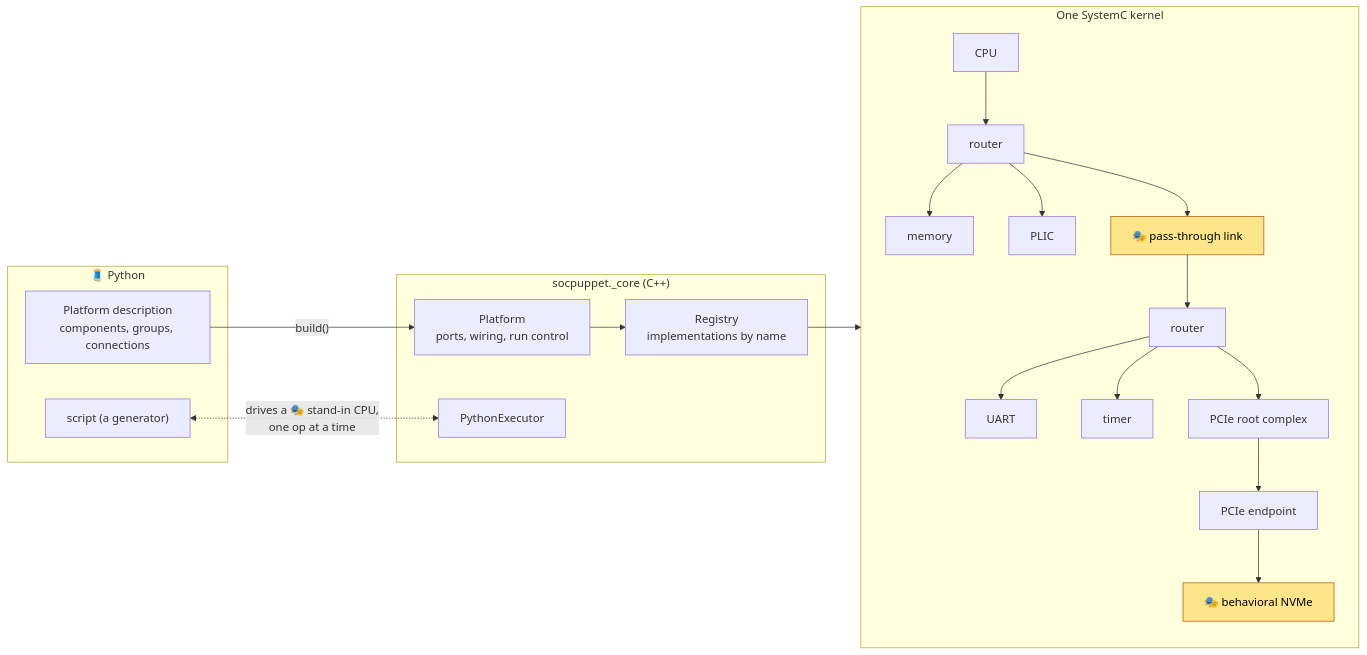
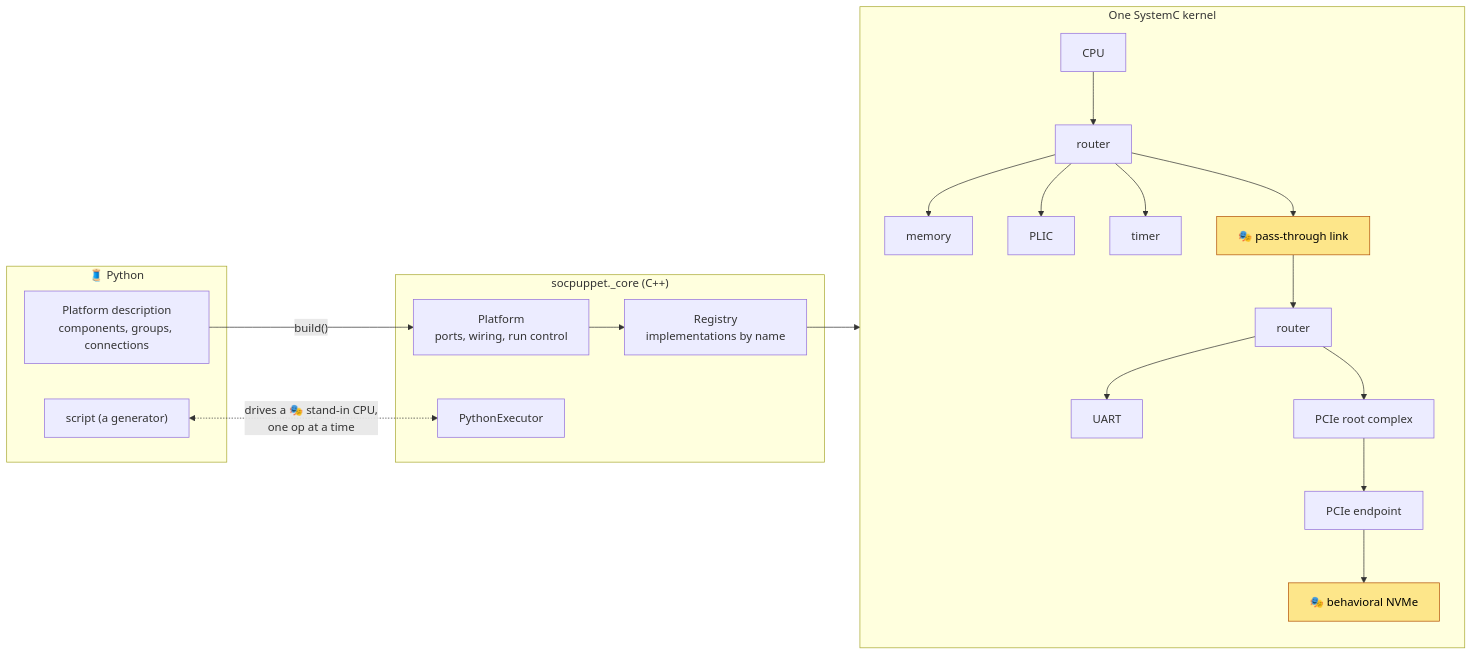
One commit to cphurley82/socpuppet changed the first of 3 diagrams in docs/architecture.md. Above: the diagram before and after it, drawn with Mermaid. The commit also changed 9 other files, not shown here.

````diff
--- a/docs/architecture.md
+++ b/docs/architecture.md
@@ -9,39 +9,39 @@
 ```mermaid
 flowchart LR
     subgraph py["🧵 Python"]
         desc["Platform description<br/>components, groups, connections"]
         script["script (a generator)"]
     end
     subgraph core["socpuppet._core (C++)"]
         reg["Registry<br/>implementations by name"]
         plat["Platform<br/>ports, wiring, run control"]
         exec["PythonExecutor"]
     end
     subgraph sim["One SystemC kernel"]
         cpu["CPU"]
         bus["router"]
         ram["memory"]
         plic["PLIC"]
         link["🎭 pass-through link"]
         iobus["router"]
         uart["UART"]
         timer["timer"]
         rc["PCIe root complex"]
         ep["PCIe endpoint"]
         nvme["🎭 behavioral NVMe"]
         cpu --> bus
         bus --> ram
         bus --> plic
+        bus --> timer
         bus --> link --> iobus
         iobus --> uart
-        iobus --> timer
         iobus --> rc --> ep --> nvme
     end
     desc -- "build()" --> plat
     plat --> reg
     reg --> sim
     script <-. "drives a 🎭 stand-in CPU,<br/>one op at a time" .-> exec
 
     classDef standin fill:#fde68a,stroke:#b45309,color:#000
     class link,nvme standin
 ```
````
